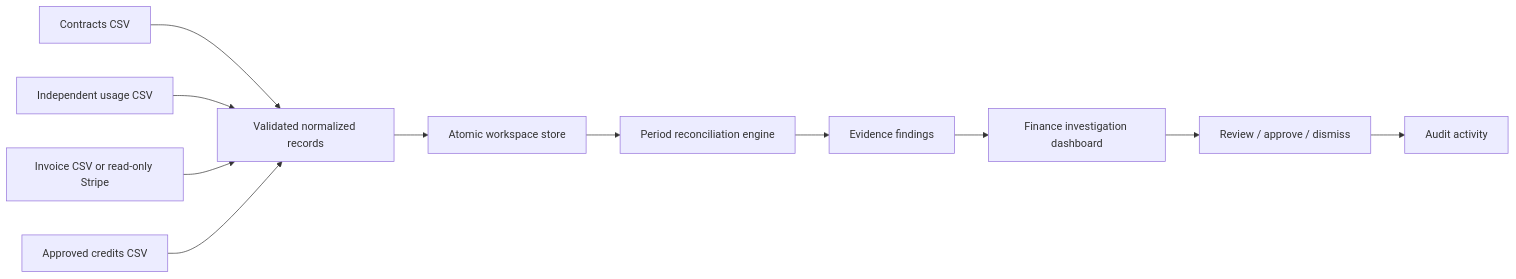
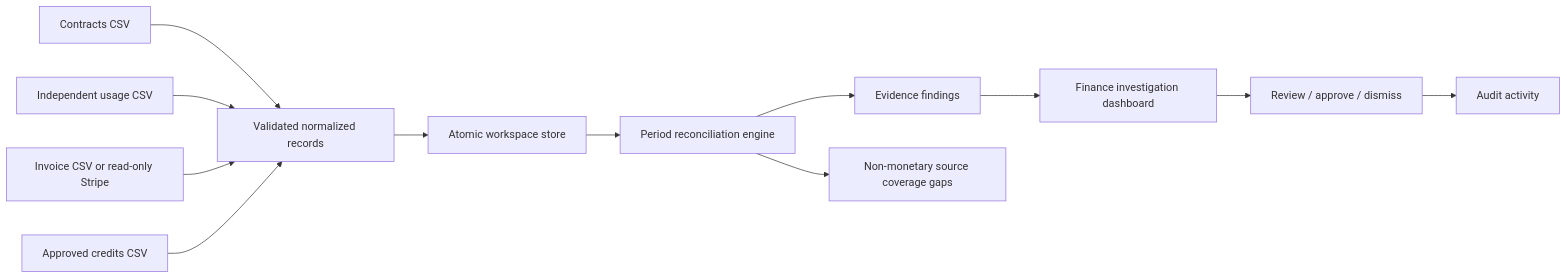
The diagram in docs/ARCHITECTURE.md (savisaluwadana/RevenueLeak-OS), drawn with Mermaid before and after one commit. The commit also changed other lines of this file, not shown here.

````diff
--- a/docs/ARCHITECTURE.md
+++ b/docs/ARCHITECTURE.md
@@ -9,13 +9,14 @@
 ```mermaid
 flowchart LR
  A[Contracts CSV] --> D[Validated normalized records]
  B[Independent usage CSV] --> D
  C[Invoice CSV or read-only Stripe] --> D
  E[Approved credits CSV] --> D
  D --> F[Atomic workspace store]
  F --> G[Period reconciliation engine]
  G --> H[Evidence findings]
+ G --> L[Non-monetary source coverage gaps]
  H --> I[Finance investigation dashboard]
  I --> J[Review / approve / dismiss]
  J --> K[Audit activity]
 ```
````
